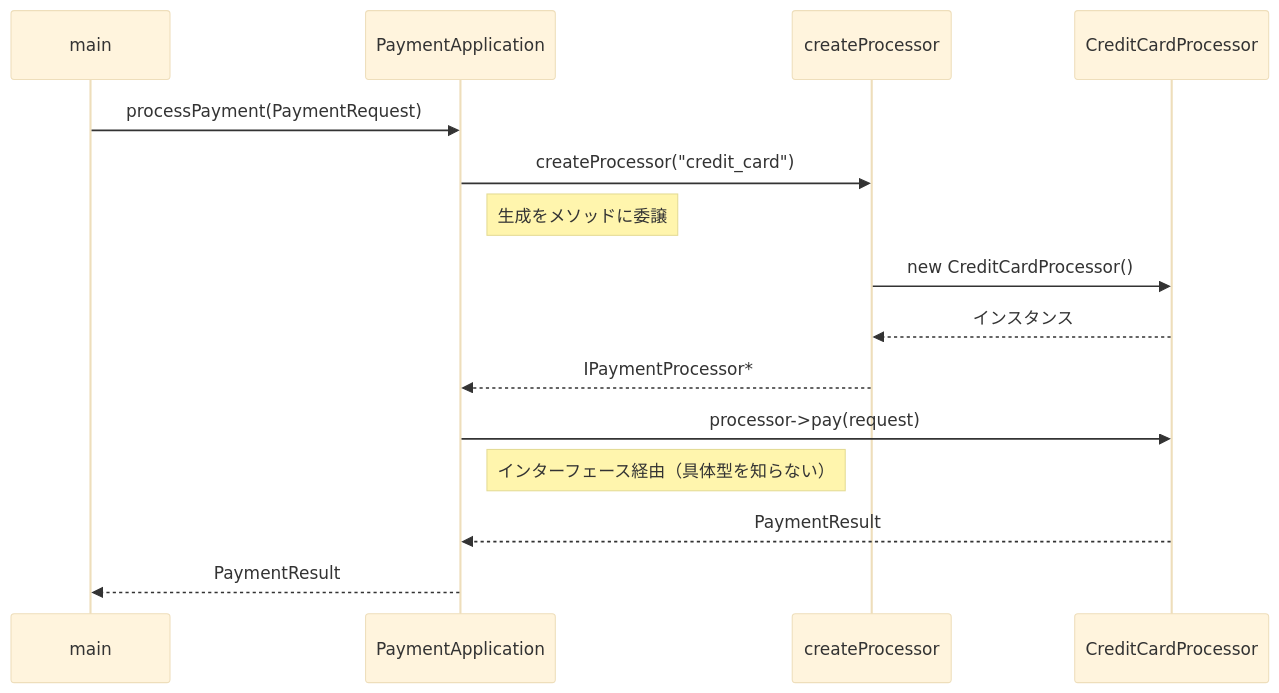
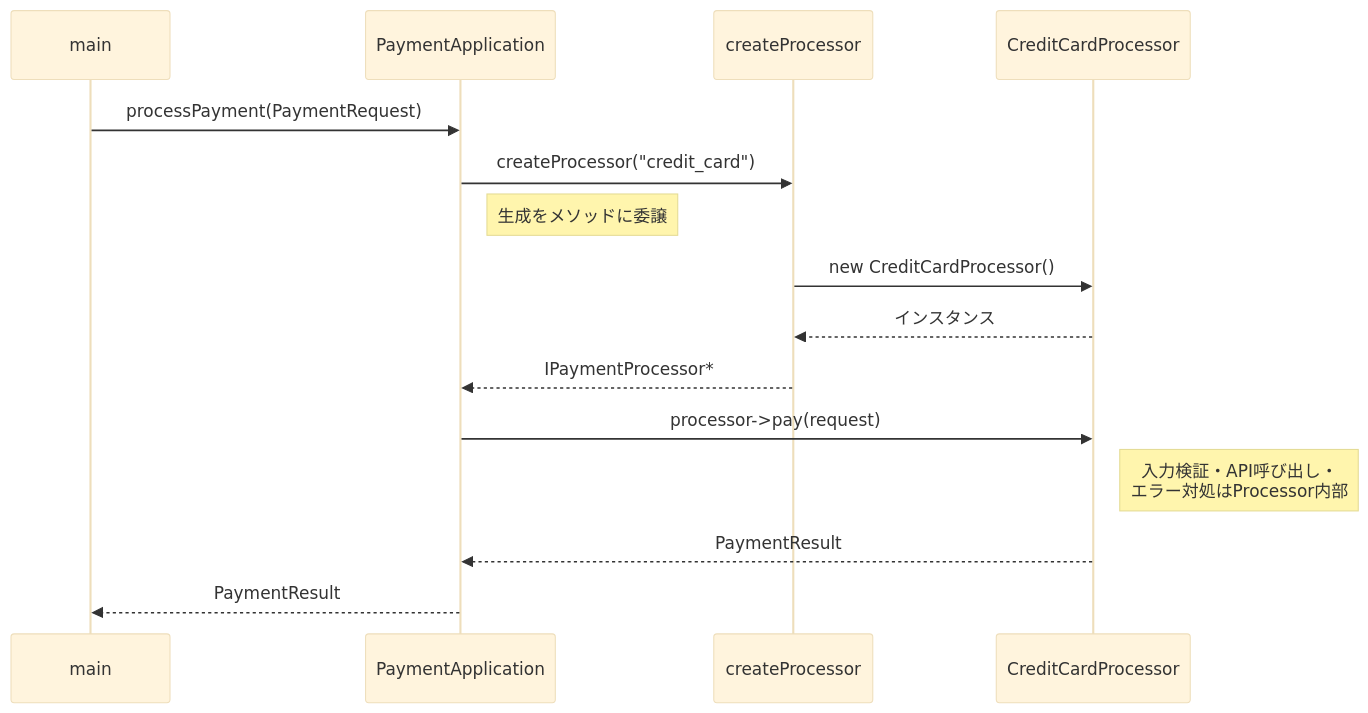
One commit to kumachan1101-pixel/DesignPattern changed the seventh of 9 diagrams in kindle/design-patterns/output/chapter08.md. Above: the diagram before and after it, drawn with Mermaid (base theme). The commit also changed other lines of this file, not shown here.

````diff
--- a/kindle/design-patterns/output/chapter08.md
+++ b/kindle/design-patterns/output/chapter08.md
@@ -1431,18 +2070,18 @@
 ```mermaid
 sequenceDiagram
     participant main
     participant PA as PaymentApplication
     participant CP as createProcessor
     participant CC as CreditCardProcessor
 
     main->>PA: processPayment(PaymentRequest)
     PA->>CP: createProcessor("credit_card")
     Note right of PA: 生成をメソッドに委譲
     CP->>CC: new CreditCardProcessor()
     CC-->>CP: インスタンス
     CP-->>PA: IPaymentProcessor*
     PA->>CC: processor->pay(request)
-    Note right of PA: インターフェース経由（具体型を知らない）
+    Note right of CC: 入力検証・API呼び出し・<br>エラー対処はProcessor内部
     CC-->>PA: PaymentResult
     PA-->>main: PaymentResult
 ```
````
